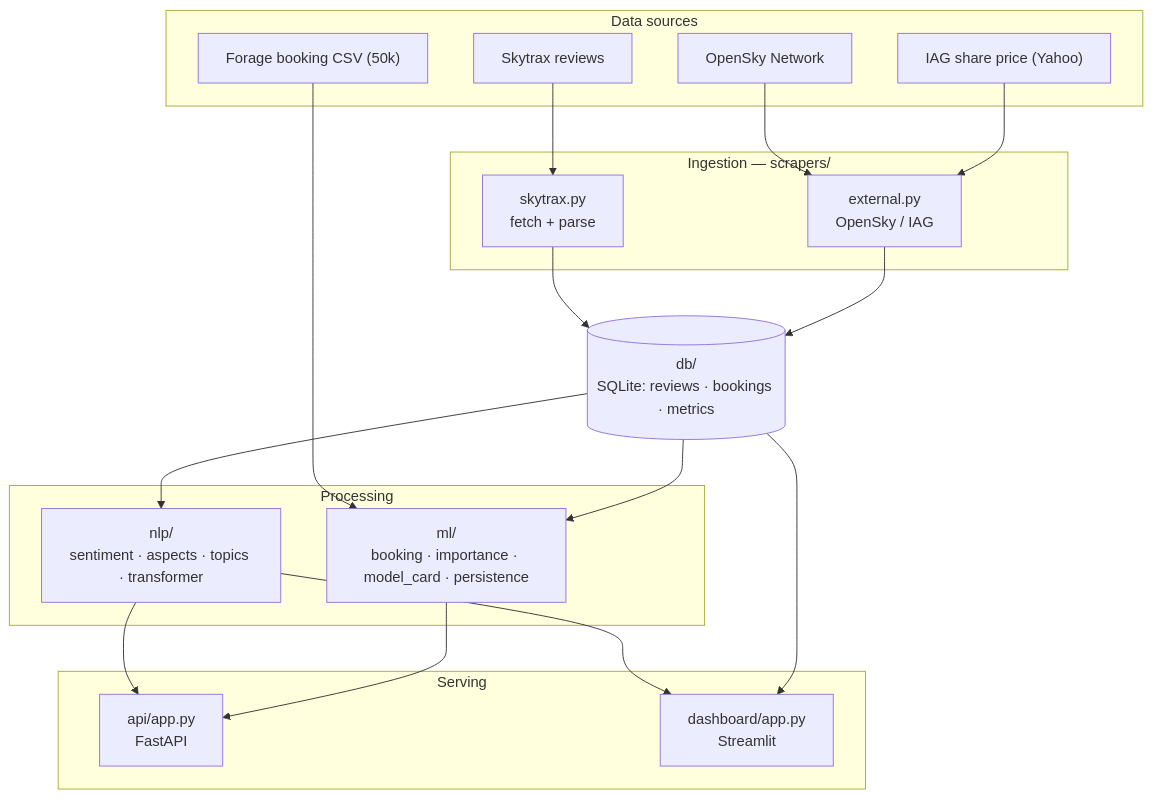
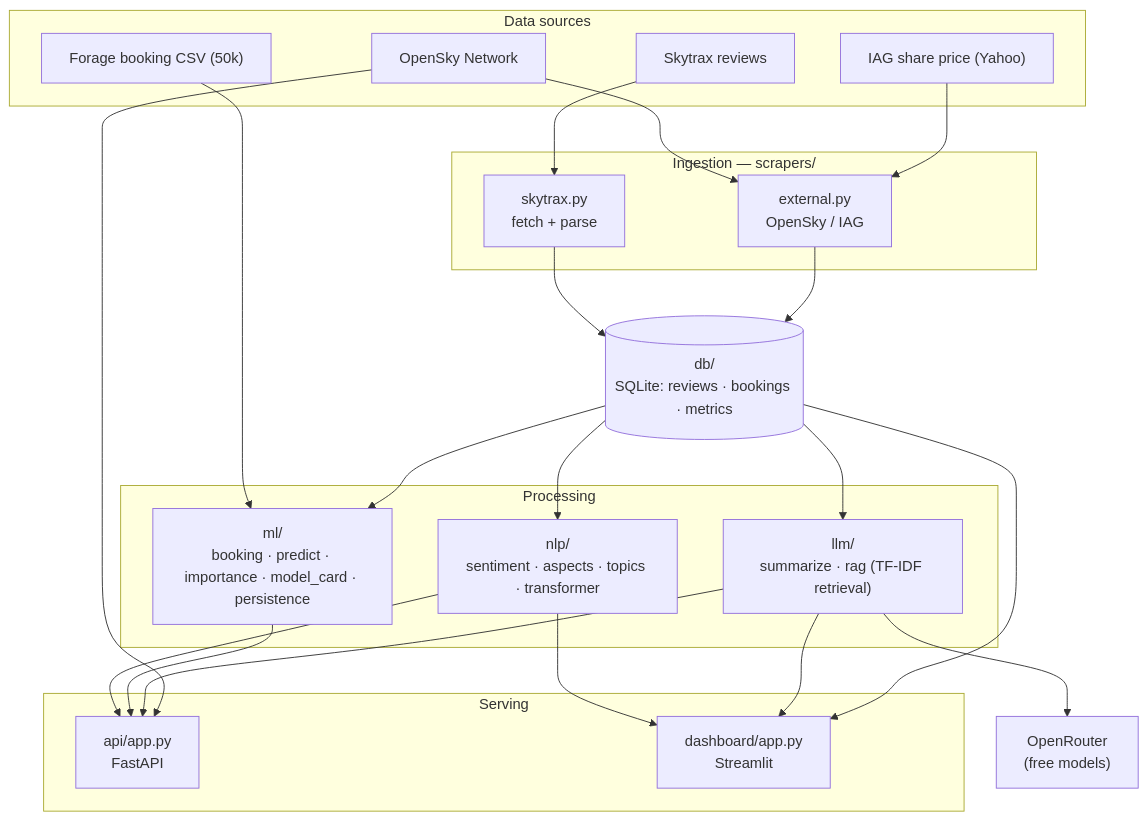
Before and after one commit to Gauthambinoy20/SkyMetrics: the first of 4 diagrams in docs/architecture.md, drawn with Mermaid. The commit also changed 4 other files, not shown here.

````diff
--- a/docs/architecture.md
+++ b/docs/architecture.md
@@ -7,37 +7,45 @@
 ```mermaid
 flowchart TB
     subgraph Sources["Data sources"]
         SKY["Skytrax reviews"]
         OS["OpenSky Network"]
         IAG["IAG share price (Yahoo)"]
         CSV["Forage booking CSV (50k)"]
     end
 
     subgraph Ingest["Ingestion — scrapers/"]
         SCRAPE["skytrax.py\nfetch + parse"]
         EXT["external.py\nOpenSky / IAG"]
     end
 
     subgraph Core["Processing"]
         NLP["nlp/\nsentiment · aspects · topics · transformer"]
-        ML["ml/\nbooking · importance · model_card · persistence"]
+        ML["ml/\nbooking · predict · importance · model_card · persistence"]
+        LLM["llm/\nsummarize · rag (TF-IDF retrieval)"]
     end
+
+    OR["OpenRouter\n(free models)"]
 
     DB[("db/\nSQLite: reviews · bookings · metrics")]
 
     subgraph Serve["Serving"]
         API["api/app.py\nFastAPI"]
         DASH["dashboard/app.py\nStreamlit"]
     end
 
     SKY --> SCRAPE --> DB
     OS --> EXT --> DB
     IAG --> EXT
     CSV --> ML
     DB --> NLP
     DB --> ML
     NLP --> API
     NLP --> DASH
     ML --> API
+    DB --> LLM
+    LLM --> OR
+    LLM --> API
+    LLM --> DASH
+    OS --> API
     DB --> DASH
 ```
````
